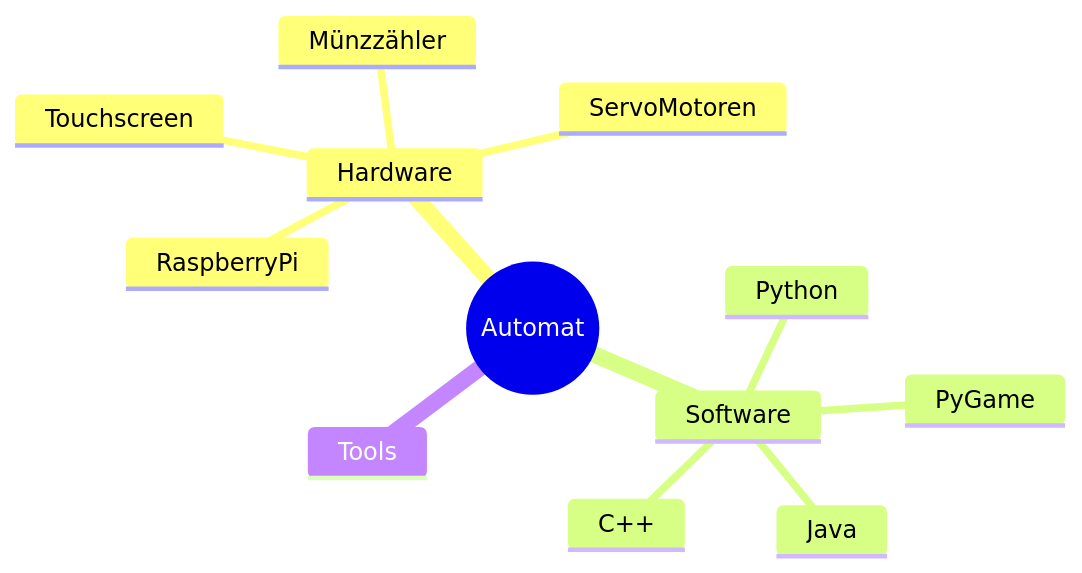
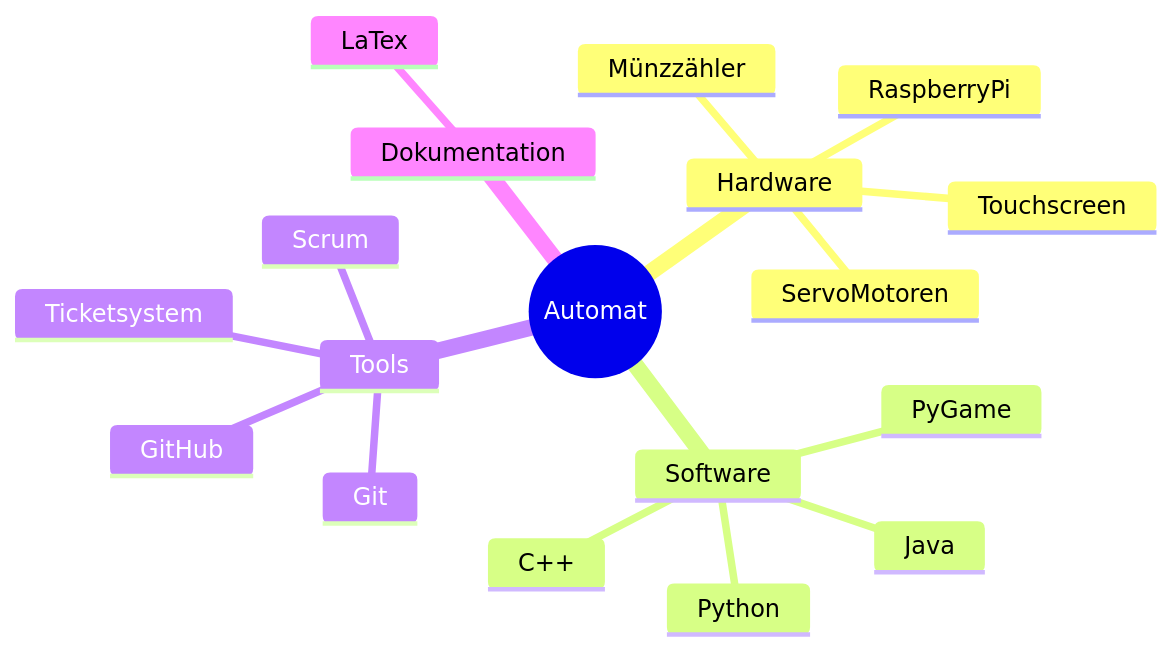
Before and after one commit to Darabrob/Projekt_Automat: the diagram in README.md, drawn with Mermaid.

````diff
--- a/README.md
+++ b/README.md
@@ -3,16 +3,21 @@
 ```mermaid
 mindmap
   root((Automat))
     Hardware
       RaspberryPi
       Touchscreen
       Münzzähler
       ServoMotoren
     Software
       Python
       PyGame
       Java
       C++
     Tools
-      
+      GitHub
+      Scrum
+      Git
+      Ticketsystem
+    Dokumentation
+      LaTex
 ```
````
